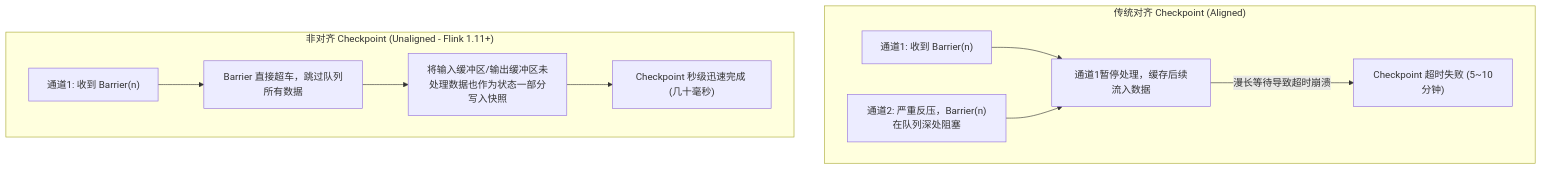
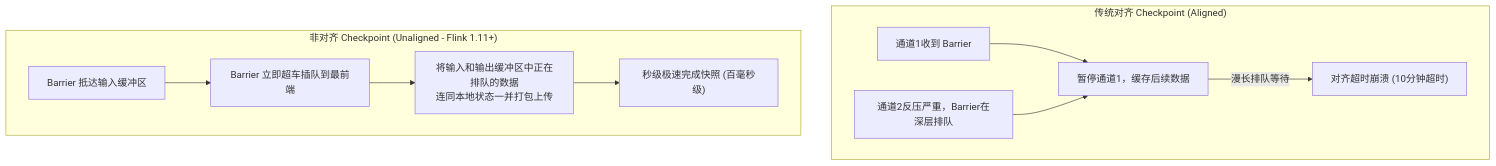
The third of 8 diagrams in 01-bigdata/01-flink/02-flink-state-checkpoint.md (tieke1121/tech-interview-knowledge-base), drawn with Mermaid before and after one commit. The commit also changed other lines of this file and 3 other files, not shown here.

First line of the commit message:
refactor: upgrade template & docs for technical director/architect interview

````diff
--- a/01-bigdata/01-flink/02-flink-state-checkpoint.md
+++ b/01-bigdata/01-flink/02-flink-state-checkpoint.md
@@ -142,14 +126,14 @@
 ```mermaid
 flowchart TD
     subgraph Aligned["传统对齐 Checkpoint (Aligned)"]
-        A_B1["通道1: 收到 Barrier(n)"] --> A_Wait["通道1暂停处理，缓存后续流入数据"]
-        A_B2["通道2: 严重反压，Barrier(n)在队列深处阻塞"] --> A_Wait
-        A_Wait -->|漫长等待导致超时崩溃| A_Fail["Checkpoint 超时失败 (5~10分钟)"]
+        A1["通道1收到 Barrier"] --> A2["暂停通道1，缓存后续数据"]
+        A3["通道2反压严重，Barrier在深层排队"] --> A2
+        A2 -->|漫长排队等待| AFail["对齐超时崩溃 (10分钟超时)"]
     end
 
     subgraph Unaligned["非对齐 Checkpoint (Unaligned - Flink 1.11+)"]
-        U_B1["通道1: 收到 Barrier(n)"] --> U_Overtake["Barrier 直接超车，跳过队列所有数据"]
-        U_Overtake --> U_Snapshot["将输入缓冲区/输出缓冲区未处理数据也作为状态一部分写入快照"]
-        U_Snapshot --> U_Succ["Checkpoint 秒级迅速完成 (几十毫秒)"]
+        U1["Barrier 抵达输入缓冲区"] --> U2["Barrier 立即超车插队到最前端"]
+        U2 --> U3["将输入和输出缓冲区中正在排队的数据<br/>连同本地状态一并打包上传"]
+        U3 --> USucc["秒级极速完成快照 (百毫秒级)"]
     end
 ```
````
